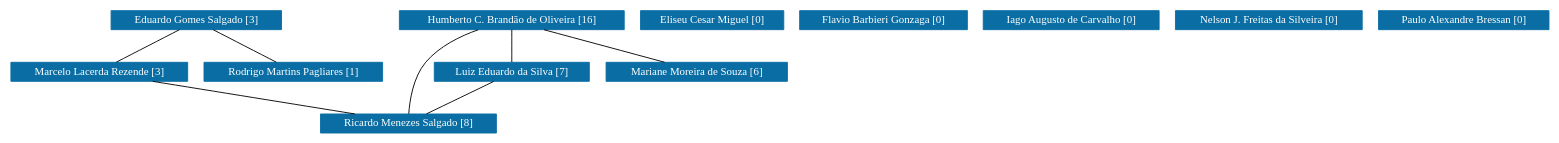
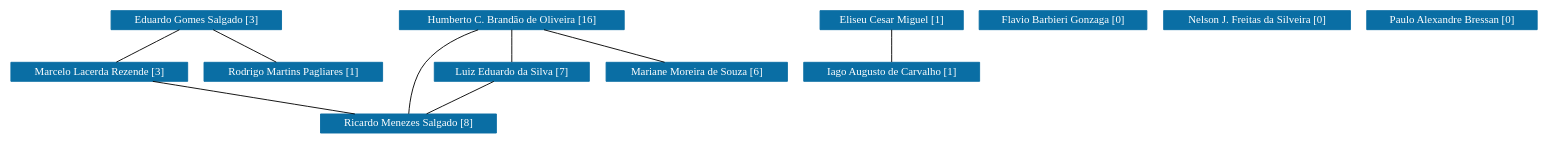
One commit to icamps/unifal-lattes.github.io changed the diagram in dcc/grafoDeColaboracoesSemPesos.dot. Above: the diagram before and after it, drawn with Graphviz. The commit also changed 1227 other files, not shown here.

```diff
--- a/dcc/grafoDeColaboracoesSemPesos.dot
+++ b/dcc/grafoDeColaboracoesSemPesos.dot
@@ -1,102 +1,103 @@
 strict graph grafo1 {
-	graph [bb="0,0,1536,135",
+	graph [bb="0,0,1392,135",
 		id=grafo1,
 		overlap=False
 	];
 	node [fontsize=12,
 		label="\N",
 		shape=rectangle,
 		style=filled
 	];
 	0	 [URL="membro-2363460036599181.html",
 		color="#0A6EA4",
 		fontcolor="#FFFFFF",
 		height=0.29167,
 		label="Eduardo Gomes Salgado [3]",
 		pos="166.5,124.5",
 		width=2.1111];
 	6	 [URL="membro-6453091384982419.html",
 		color="#0A6EA4",
 		fontcolor="#FFFFFF",
 		height=0.29167,
 		label="Marcelo Lacerda Rezende [3]",
 		pos="78.5,67.5",
 		width=2.1806];
 	0 -- 6	 [pos="149.95,113.78 134.21,103.59 110.69,88.348 94.978,78.173"];
 	11	 [URL="membro-1194178136211401.html",
 		color="#0A6EA4",
 		fontcolor="#FFFFFF",
 		height=0.29167,
 		label="Rodrigo Martins Pagliares [1]",
 		pos="254.5,67.5",
 		width=2.1944];
 	0 -- 11	 [pos="183.05,113.78 198.79,103.59 222.31,88.348 238.02,78.173"];
 	10	 [URL="membro-8918198224706238.html",
 		color="#0A6EA4",
 		fontcolor="#FFFFFF",
 		height=0.29167,
 		label="Ricardo Menezes Salgado [8]",
 		pos="421.5,10.5",
 		width=2.1806];
 	6 -- 10	 [pos="141.81,56.979 203.46,46.734 296.64,31.249 358.27,21.008"];
 	1	 [URL="membro-6883421018811339.html",
 		color="#0A6EA4",
 		fontcolor="#FFFFFF",
 		height=0.29167,
-		label="Eliseu Cesar Miguel [0]",
-		pos="772.5,124.5",
+		label="Eliseu Cesar Miguel [1]",
+		pos="804.5,124.5",
 		width=1.7917];
+	4	 [URL="membro-9975041225831602.html",
+		color="#0A6EA4",
+		fontcolor="#FFFFFF",
+		height=0.29167,
+		label="Iago Augusto de Carvalho [1]",
+		pos="804.5,67.5",
+		width=2.1944];
+	1 -- 4	 [pos="804.5,113.78 804.5,103.59 804.5,88.348 804.5,78.173"];
 	2	 [URL="membro-1310310705488241.html",
 		color="#0A6EA4",
 		fontcolor="#FFFFFF",
 		height=0.29167,
 		label="Flavio Barbieri Gonzaga [0]",
-		pos="930.5,124.5",
+		pos="962.5,124.5",
 		width=2.0972];
 	3	 [URL="membro-3832045632369639.html",
 		color="#0A6EA4",
 		fontcolor="#FFFFFF",
 		height=0.29167,
 		label="Humberto C. Brandão de Oliveira [16]",
 		pos="589.5,124.5",
 		width=2.7778];
 	3 -- 10	 [pos="623.92,113.96 656.89,102.12 698.83,81.334 678.5,57 656.04,30.118 567.09,18.746 500.08,13.955"];
 	5	 [URL="membro-5459510407019521.html",
 		color="#0A6EA4",
 		fontcolor="#FFFFFF",
 		height=0.29167,
 		label="Luiz Eduardo da Silva [7]",
 		pos="421.5,67.5",
 		width=1.9444];
 	3 -- 5	 [pos="558.29,113.91 528.12,103.67 482.66,88.25 452.54,78.031"];
 	7	 [URL="membro-9682825029495702.html",
 		color="#0A6EA4",
 		fontcolor="#FFFFFF",
 		height=0.29167,
 		label="Mariane Moreira de Souza [6]",
 		pos="589.5,67.5",
 		width=2.2222];
 	3 -- 7	 [pos="589.5,113.78 589.5,103.59 589.5,88.348 589.5,78.173"];
 	5 -- 10	 [pos="421.5,56.779 421.5,46.588 421.5,31.348 421.5,21.173"];
-	4	 [URL="membro-9975041225831602.html",
-		color="#0A6EA4",
-		fontcolor="#FFFFFF",
-		height=0.29167,
-		label="Iago Augusto de Carvalho [0]",
-		pos="1103.5,124.5",
-		width=2.1944];
 	8	 [URL="membro-6853382226977684.html",
 		color="#0A6EA4",
 		fontcolor="#FFFFFF",
 		height=0.29167,
 		label="Nelson J. Freitas da Silveira [0]",
-		pos="1282.5,124.5",
+		pos="1138.5,124.5",
 		width=2.2778];
 	9	 [URL="membro-0231239253253477.html",
 		color="#0A6EA4",
 		fontcolor="#FFFFFF",
 		height=0.29167,
 		label="Paulo Alexandre Bressan [0]",
-		pos="1459.5,124.5",
+		pos="1315.5,124.5",
 		width=2.125];
 }
```
